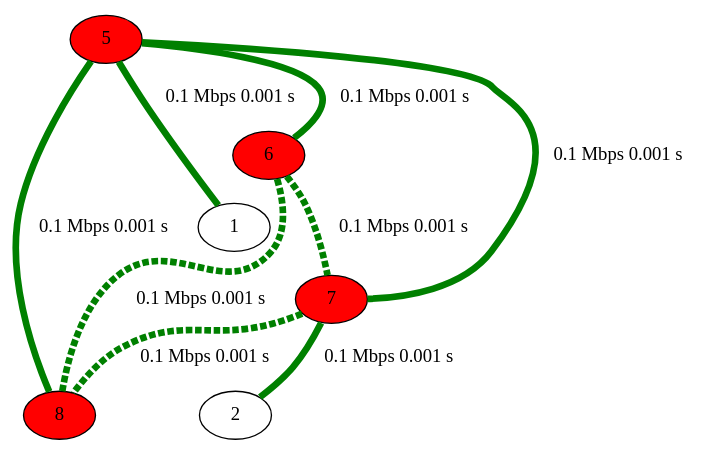
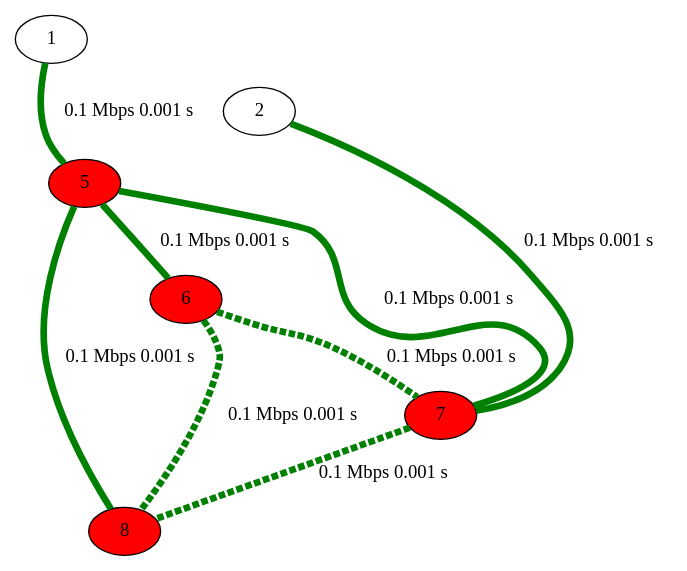
One commit to nonononoka/ntSimulator changed the diagram in network.gv. Above: the diagram before and after it, drawn with Graphviz. The commit also changed other lines of this file and 4 other files, not shown here.

```diff
--- a/network.gv
+++ b/network.gv
@@ -1,64 +1,64 @@
 strict graph {
 
 
+	"1" [  weight=0 ];
+
+	"1" -- "5" [ color="green", label="0.1 Mbps 0.001 s
+", penwidth="5.00",  weight=0 ];
+
+	"2" [  weight=0 ];
+
+	"2" -- "7" [ color="green", label="0.1 Mbps 0.001 s
+", penwidth="5.00", style="",  weight=0 ];
+
 	"5" [ fillcolor="red", style="filled",  weight=0 ];
+
+	"5" -- "7" [ color="green", label="0.1 Mbps 0.001 s
+", penwidth="5.00", style="",  weight=0 ];
 
 	"5" -- "8" [ color="green", label="0.1 Mbps 0.001 s
 ", penwidth="5.00", style="",  weight=0 ];
 
 	"5" -- "1" [ color="green", label="0.1 Mbps 0.001 s
 ", penwidth="5.00",  weight=0 ];
 
 	"5" -- "6" [ color="green", label="0.1 Mbps 0.001 s
-", penwidth="5.00", style="",  weight=0 ];
-
-	"5" -- "7" [ color="green", label="0.1 Mbps 0.001 s
 ", penwidth="5.00", style="",  weight=0 ];
 
 	"6" [ fillcolor="red", style="filled",  weight=0 ];
 
 	"6" -- "5" [ color="green", label="0.1 Mbps 0.001 s
 ", penwidth="5.00", style="",  weight=0 ];
 
 	"6" -- "7" [ color="green", label="0.1 Mbps 0.001 s
 ", penwidth="5.00", style="dashed",  weight=0 ];
 
 	"6" -- "8" [ color="green", label="0.1 Mbps 0.001 s
 ", penwidth="5.00", style="dashed",  weight=0 ];
 
 	"7" [ fillcolor="red", style="filled",  weight=0 ];
 
+	"7" -- "2" [ color="green", label="0.1 Mbps 0.001 s
+", penwidth="5.00", style="",  weight=0 ];
+
 	"7" -- "5" [ color="green", label="0.1 Mbps 0.001 s
 ", penwidth="5.00", style="",  weight=0 ];
 
 	"7" -- "6" [ color="green", label="0.1 Mbps 0.001 s
 ", penwidth="5.00", style="dashed",  weight=0 ];
 
 	"7" -- "8" [ color="green", label="0.1 Mbps 0.001 s
 ", penwidth="5.00", style="dashed",  weight=0 ];
 
-	"7" -- "2" [ color="green", label="0.1 Mbps 0.001 s
+	"8" [ fillcolor="red", style="filled",  weight=0 ];
+
+	"8" -- "5" [ color="green", label="0.1 Mbps 0.001 s
 ", penwidth="5.00", style="",  weight=0 ];
-
-	"8" [ fillcolor="red", style="filled",  weight=0 ];
 
 	"8" -- "6" [ color="green", label="0.1 Mbps 0.001 s
 ", penwidth="5.00", style="dashed",  weight=0 ];
 
 	"8" -- "7" [ color="green", label="0.1 Mbps 0.001 s
 ", penwidth="5.00", style="dashed",  weight=0 ];
 
-	"8" -- "5" [ color="green", label="0.1 Mbps 0.001 s
-", penwidth="5.00", style="",  weight=0 ];
-
-	"1" [  weight=0 ];
-
-	"1" -- "5" [ color="green", label="0.1 Mbps 0.001 s
-", penwidth="5.00",  weight=0 ];
-
-	"2" [  weight=0 ];
-
-	"2" -- "7" [ color="green", label="0.1 Mbps 0.001 s
-", penwidth="5.00", style="",  weight=0 ];
-
 }
```
